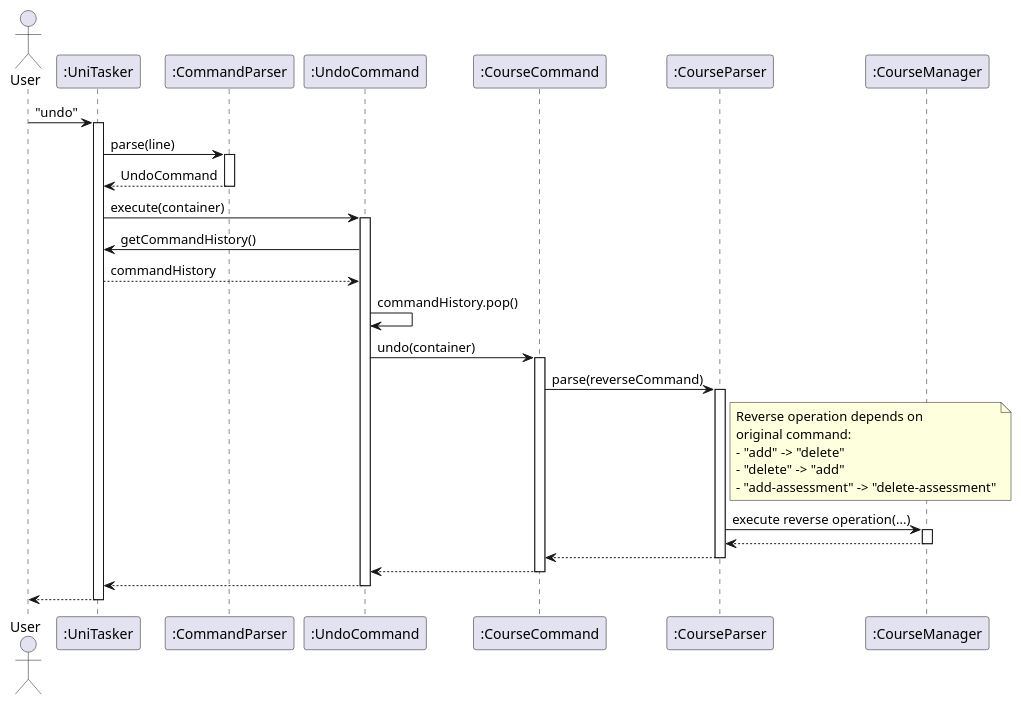
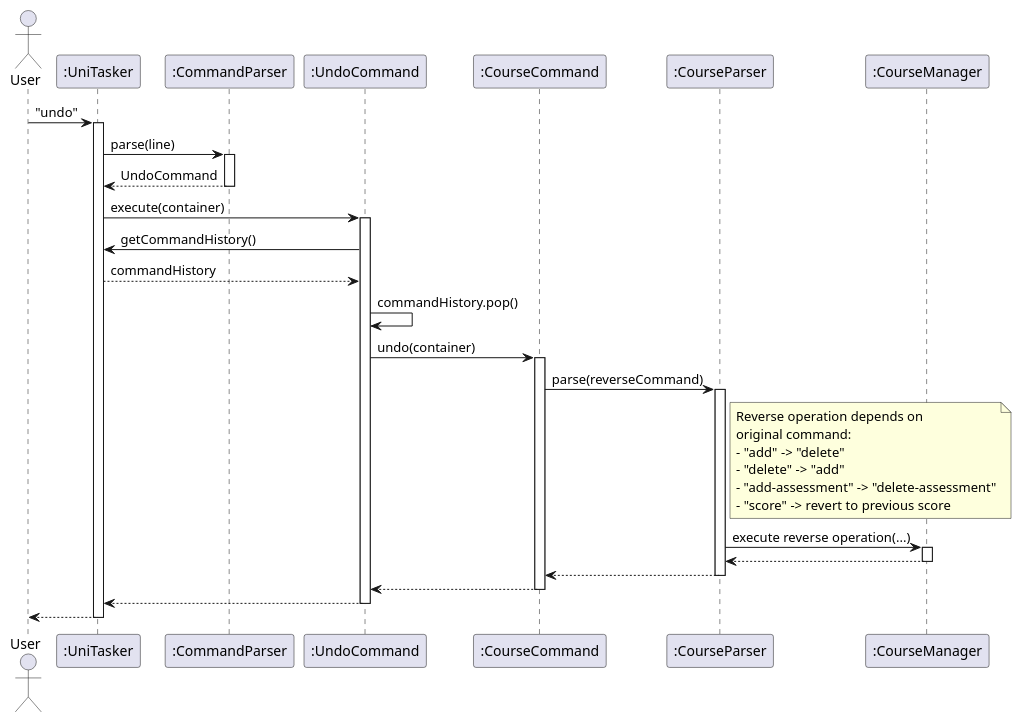
One commit to sushmiithaa/tp changed the diagram in docs/puml/UndoSequenceDiagram.puml. Above: the diagram before and after it, drawn with PlantUML. The commit also changed 5 other files, not shown here.

Commit message:
Updated Class and Sequence diagrams

```diff
--- a/docs/puml/UndoSequenceDiagram.puml
+++ b/docs/puml/UndoSequenceDiagram.puml
@@ -1,59 +1,60 @@
 @startuml
 
 actor User
 
 participant ":UniTasker" as UniTasker
 participant ":CommandParser" as CommandParser
 participant ":UndoCommand" as UndoCommand
 participant ":CourseCommand" as CourseCommand
 participant ":CourseParser" as CourseParser
 participant ":CourseManager" as CourseManager
 
 User -> UniTasker : "undo"
 activate UniTasker
 
 UniTasker -> CommandParser : parse(line)
 activate CommandParser
 CommandParser --> UniTasker : UndoCommand
 deactivate CommandParser
 
 UniTasker -> UndoCommand : execute(container)
 activate UndoCommand
 
 UndoCommand -> UniTasker : getCommandHistory()
 UniTasker --> UndoCommand : commandHistory
 
 UndoCommand -> UndoCommand : commandHistory.pop()
 
 UndoCommand -> CourseCommand : undo(container)
 activate CourseCommand
 
 CourseCommand -> CourseParser : parse(reverseCommand)
 activate CourseParser
 
 note right of CourseParser
     Reverse operation depends on
     original command:
     - "add" -> "delete"
     - "delete" -> "add"
     - "add-assessment" -> "delete-assessment"
+    - "score" -> revert to previous score
 end note
 
 CourseParser -> CourseManager : execute reverse operation(...)
 activate CourseManager
 CourseManager --> CourseParser :
 deactivate CourseManager
 
 CourseParser --> CourseCommand :
 deactivate CourseParser
 
 CourseCommand --> UndoCommand :
 deactivate CourseCommand
 
 UndoCommand --> UniTasker :
 deactivate UndoCommand
 
 UniTasker --> User :
 deactivate UniTasker
 
 @enduml
```
